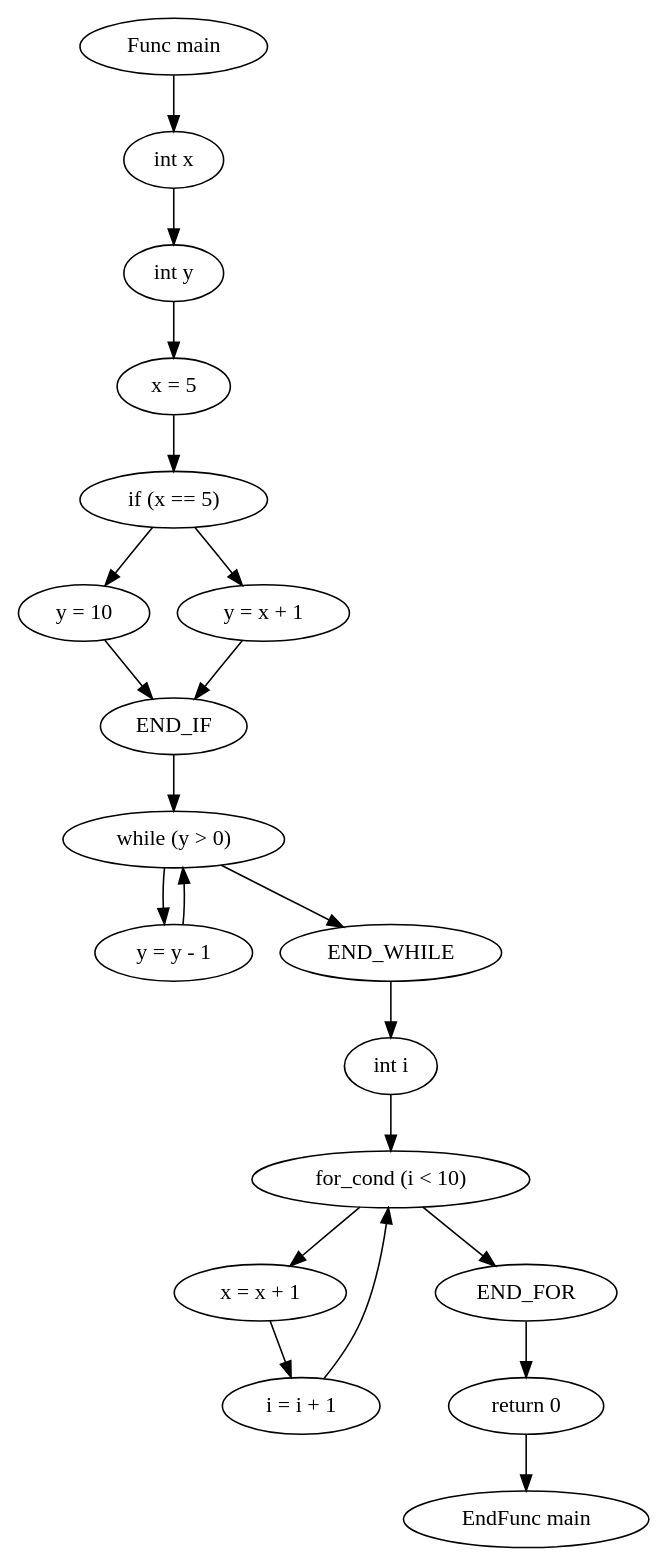
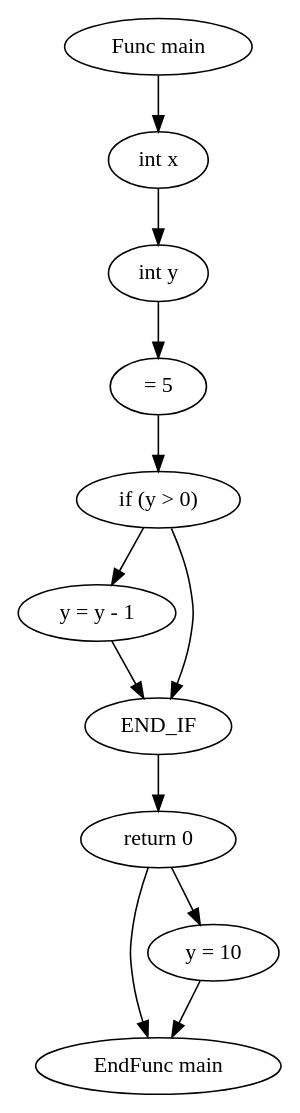
Before and after one commit to Akshay-X-Raj/Static-Code-Analyzer-for-a-C-like-Language-using-CFG-Based-Data-Flow-Analysis: the diagram in cfg.dot, drawn with Graphviz. The commit also changed 8 other files, not shown here.

Commit message:
Refine project documentation and workflow for pure C++ compiler architecture

```diff
--- a/cfg.dot
+++ b/cfg.dot
@@ -1,40 +1,23 @@
 digraph CFG {
 B1 [label="Func main"];
 B1 -> B3;
 B2 [label="EndFunc main"];
 B3 [label="int x"];
 B3 -> B4;
 B4 [label="int y"];
 B4 -> B5;
-B5 [label="x = 5"];
+B5 [label=" = 5"];
 B5 -> B6;
-B6 [label="if (x == 5)"];
+B6 [label="if (y > 0)"];
 B6 -> B8;
-B6 -> B9;
+B6 -> B7;
 B7 [label="END_IF"];
-B7 -> B10;
-B8 [label="y = 10"];
+B7 -> B9;
+B8 [label="y = y - 1"];
 B8 -> B7;
-B9 [label="y = x + 1"];
-B9 -> B7;
-B10 [label="while (y > 0)"];
-B10 -> B12;
-B10 -> B11;
-B11 [label="END_WHILE"];
-B11 -> B13;
-B12 [label="y = y - 1"];
-B12 -> B10;
-B13 [label="int i"];
-B13 -> B14;
-B14 [label="for_cond (i < 10)"];
-B14 -> B16;
-B14 -> B15;
-B15 [label="END_FOR"];
-B15 -> B18;
-B16 [label="x = x + 1"];
-B16 -> B17;
-B17 [label="i = i + 1"];
-B17 -> B14;
-B18 [label="return 0"];
-B18 -> B2;
+B9 [label="return 0"];
+B9 -> B2;
+B9 -> B10;
+B10 [label="y = 10"];
+B10 -> B2;
 }
```
